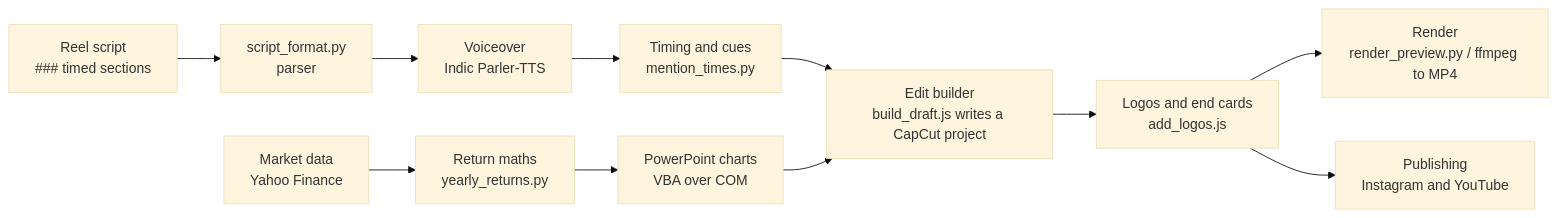
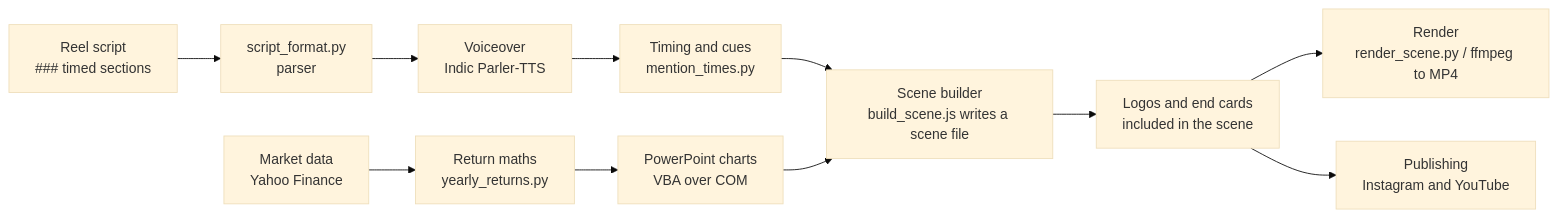
Before and after one commit to raj-vora/social-media-video-claude: the diagram in README.md, drawn with Mermaid (base theme). The commit also changed other lines of this file, not shown here.

First line of the commit message:
Make the scene renderer the default path in the README

````diff
--- a/README.md
+++ b/README.md
@@ -18,13 +16,13 @@
 ```mermaid
 flowchart LR
     D[Market data<br/>Yahoo Finance] --> R[Return maths<br/>yearly_returns.py]
     S[Reel script<br/>### timed sections] --> P[script_format.py<br/>parser]
     P --> V[Voiceover<br/>Indic Parler-TTS]
     R --> C[PowerPoint charts<br/>VBA over COM]
     V --> T[Timing and cues<br/>mention_times.py]
-    T --> B[Edit builder<br/>build_draft.js writes a CapCut project]
+    T --> B[Scene builder<br/>build_scene.js writes a scene file]
     C --> B
-    B --> E[Logos and end cards<br/>add_logos.js]
-    E --> F[Render<br/>render_preview.py / ffmpeg to MP4]
+    B --> E[Logos and end cards<br/>included in the scene]
+    E --> F[Render<br/>render_scene.py / ffmpeg to MP4]
     E --> U[Publishing<br/>Instagram and YouTube]
 ```
````
